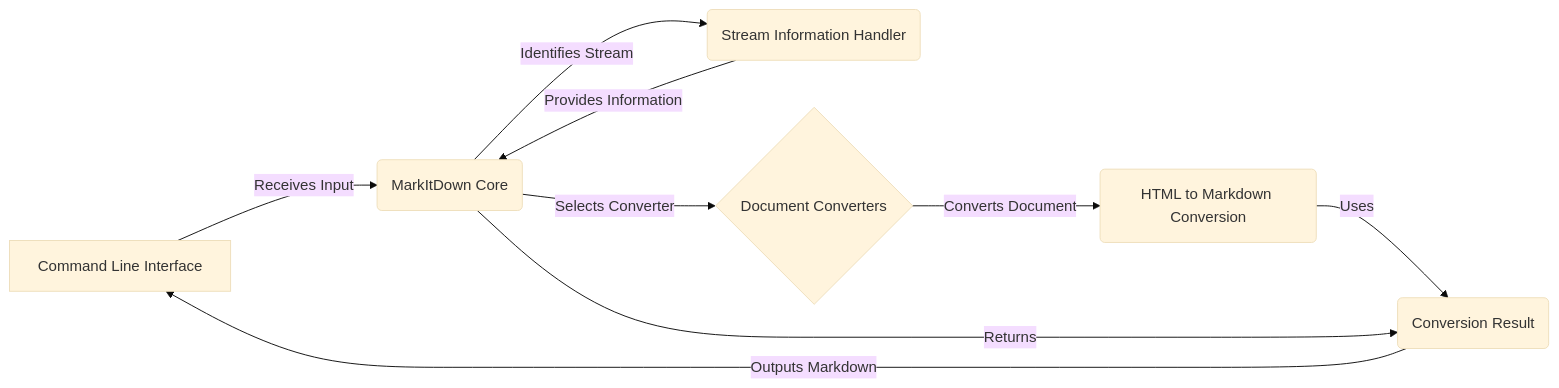
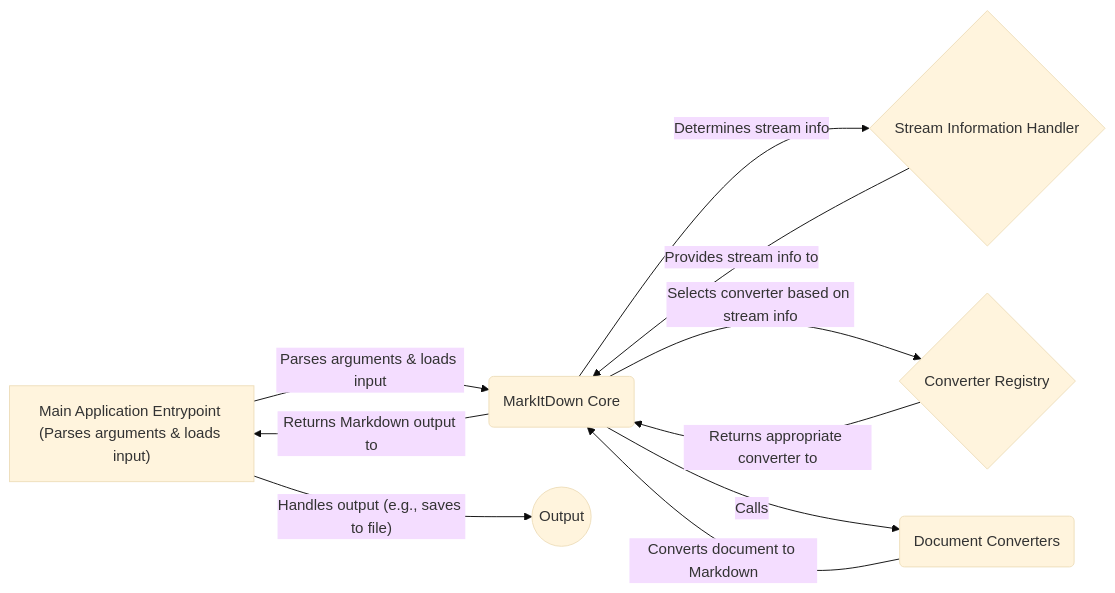
The diagram in markitdown/on_boarding.md (CodeBoarding/GeneratedOnBoardings), drawn with Mermaid (base theme) before and after one commit. The commit also changed other lines of this file and 7 other files, not shown here.

````diff
--- a/markitdown/on_boarding.md
+++ b/markitdown/on_boarding.md
@@ -5,18 +5,19 @@
 ```mermaid
 graph LR
-    A["Command Line Interface"] -- Receives Input --> B("MarkItDown Core")
-    B -- Identifies Stream --> C("Stream Information Handler")
-    C -- Provides Information --> B
-    B -- Selects Converter --> D{"Document Converters"}
-    D -- Converts Document --> E("HTML to Markdown Conversion")
-    E -- Uses --> F("Conversion Result")
-    B -- Returns --> F
-    F -- Outputs Markdown --> A
+    A["Main Application Entrypoint (Parses arguments & loads input)"] -- Parses arguments & loads input --> B("MarkItDown Core")
+    B -- Determines stream info --> C{"Stream Information Handler"}
+    C -- Provides stream info to --> B
+    B -- Selects converter based on stream info --> D{"Converter Registry"}
+    D -- Returns appropriate converter to --> B
+    B -- Calls --> E("Document Converters")
+    E -- Converts document to Markdown --> B
+    B -- Returns Markdown output to --> A
+    A -- Handles output (e.g., saves to file) --> F((Output))
 
-click A href "Command Line Interface.md"
-click B href "MarkItDown Core.md"
-click C href "Stream Information Handler.md"
-click D href "Document Converters.md"
-click E href "HTML to Markdown Conversion.md"
-click F href "Conversion Result.md"
+click A href "https://github.com/CodeBoarding/GeneratedOnBoardings/blob/main/markitdown//Main%20Application%20Entrypoint.md"
+click B href "https://github.com/CodeBoarding/GeneratedOnBoardings/blob/main/markitdown//MarkItDown%20Core.md"
+click C href "https://github.com/CodeBoarding/GeneratedOnBoardings/blob/main/markitdown//Stream%20Information%20Handler.md"
+click D href "https://github.com/CodeBoarding/GeneratedOnBoardings/blob/main/markitdown//Converter%20Registry.md"
+click E href "https://github.com/CodeBoarding/GeneratedOnBoardings/blob/main/markitdown//Document%20Converters.md"
+
 ```
````
